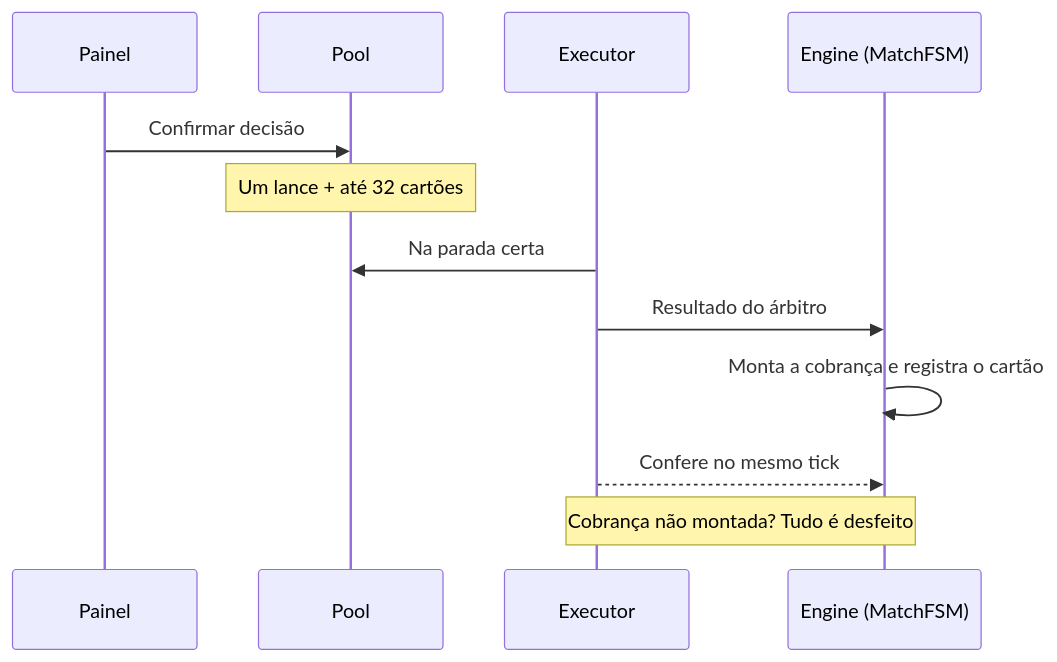
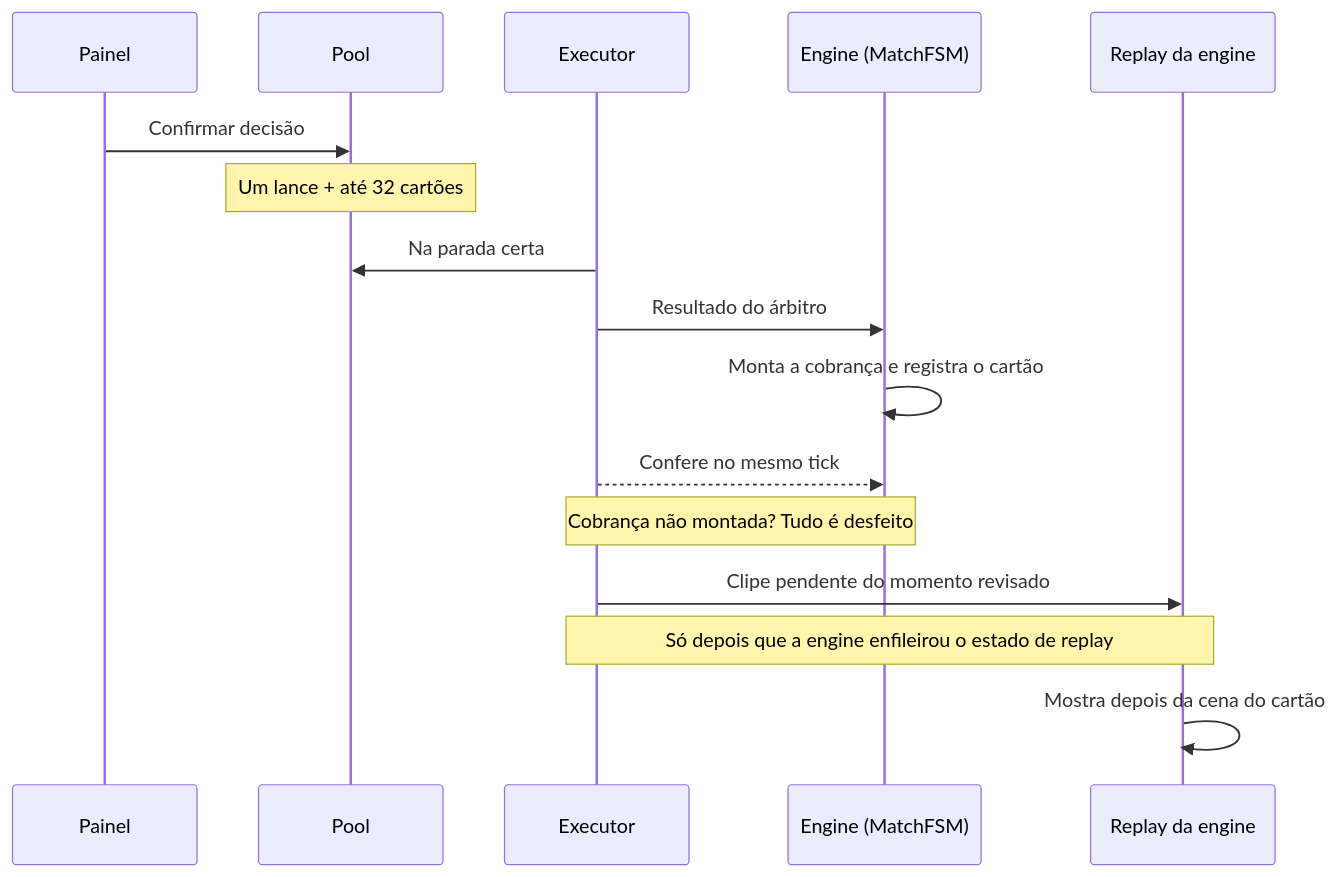
One commit to Joao-Spala/pes21-var-mod changed the second of 2 diagrams in README.pt-BR.md. Above: the diagram before and after it, drawn with Mermaid. The commit also changed other lines of this file and 22 other files, not shown here.

````diff
--- a/README.pt-BR.md
+++ b/README.pt-BR.md
@@ -145,14 +179,18 @@
 ```mermaid
 sequenceDiagram
     participant P as Painel
     participant Pool as Pool
     participant X as Executor
     participant E as Engine (MatchFSM)
+    participant R as Replay da engine
     P->>Pool: Confirmar decisão
     Note over Pool: Um lance + até 32 cartões
     X->>Pool: Na parada certa
     X->>E: Resultado do árbitro
     E->>E: Monta a cobrança e registra o cartão
     X-->>E: Confere no mesmo tick
     Note over X,E: Cobrança não montada? Tudo é desfeito
+    X->>R: Clipe pendente do momento revisado
+    Note over X,R: Só depois que a engine enfileirou o estado de replay
+    R->>R: Mostra depois da cena do cartão
 ```
````
